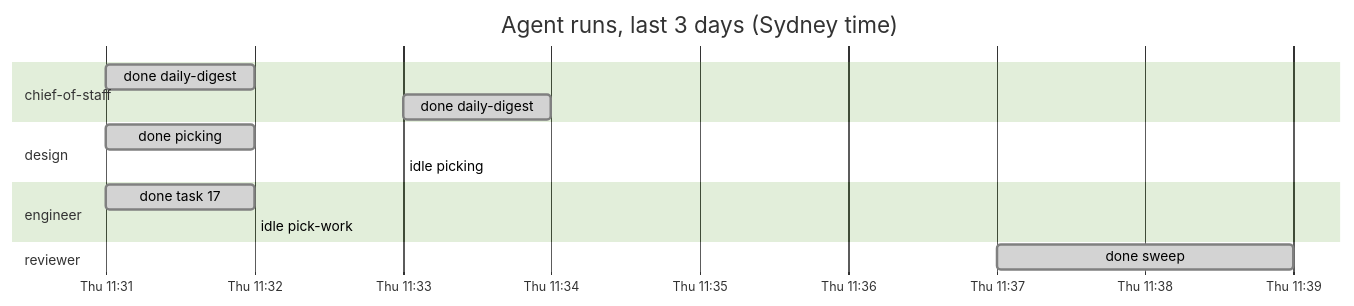
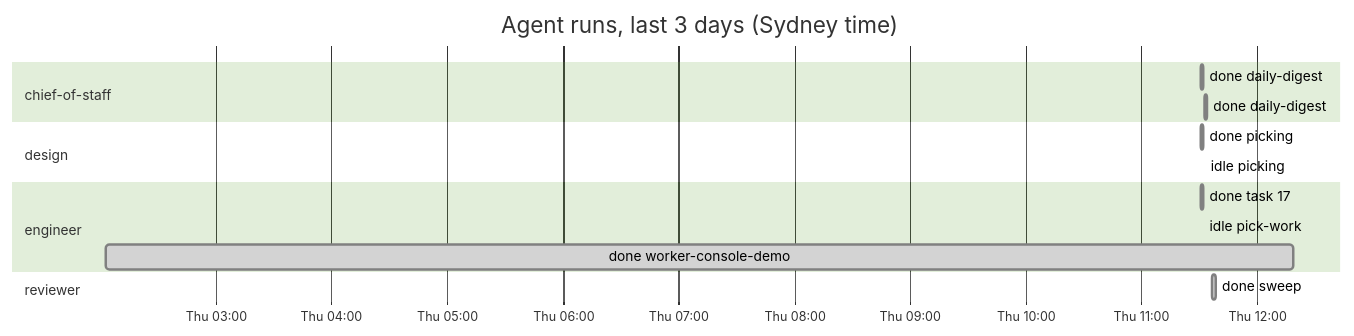
One commit to roulmediateam-byte/fifteen-expert-hq changed the diagram in dashboard.md. Above: the diagram before and after it, drawn with Mermaid (forest theme). The commit also changed other lines of this file and 1 other file, not shown here.

````diff
--- a/dashboard.md
+++ b/dashboard.md
@@ -32,17 +32,18 @@
 ```mermaid
 gantt
     title Agent runs, last 3 days (Sydney time)
     dateFormat YYYY-MM-DD HH:mm
     axisFormat %a %H:%M
     section chief-of-staff
     done daily-digest :done, 2026-11-05 11:31, 2026-11-05 11:32
     done daily-digest :done, 2026-11-05 11:33, 2026-11-05 11:34
     section design
     done picking :done, 2026-11-05 11:31, 2026-11-05 11:32
     idle picking :done, 2026-11-05 11:33, 2026-11-05 11:33
     section engineer
     done task 17 :done, 2026-11-05 11:31, 2026-11-05 11:32
     idle pick-work :done, 2026-11-05 11:32, 2026-11-05 11:32
+    done worker-console-demo :done, 2026-11-05 02:03, 2026-11-05 12:19
     section reviewer
     done sweep :done, 2026-11-05 11:37, 2026-11-05 11:39
 ```
````
